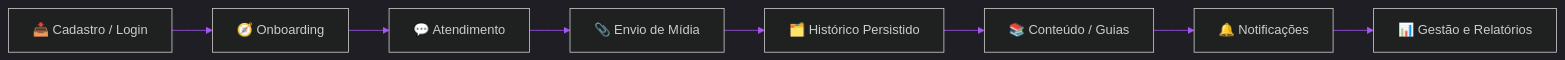
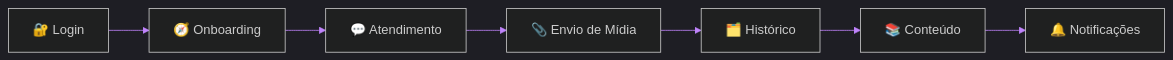
One commit to matheusdiamantino-betalent/questions-ai changed the fourth of 7 diagrams in test.md. Above: the diagram before and after it, drawn with Mermaid. The commit also changed other lines of this file, not shown here.

````diff
--- a/test.md
+++ b/test.md
@@ -391,22 +393,18 @@
 ```mermaid
 %%{init: {
-  'theme': 'dark',
-  'themeVariables': {
-    'background': '#020617',
-    'primaryColor': '#00F0FF',
-    'primaryBorderColor': '#39FF14',
-    'primaryTextColor': '#ECFEFF',
-    'lineColor': '#A855F7',
-    'secondaryColor': '#0F172A',
-    'secondaryTextColor': '#ECFEFF'
-  }
-}}%%
+'theme':'dark',
+'themeVariables':{
+'background':'#030712',
+'primaryColor':'#22D3EE',
+'primaryTextColor':'#F8FAFC',
+'primaryBorderColor':'#A3E635',
+'lineColor':'#C084FC'
+}}}%%
 flowchart LR
-A[📥 Cadastro / Login] --> B[🧭 Onboarding]
+A[🔐 Login] --> B[🧭 Onboarding]
 B --> C[💬 Atendimento]
 C --> D[📎 Envio de Mídia]
-D --> E[🗂️ Histórico Persistido]
-E --> F[📚 Conteúdo / Guias]
+D --> E[🗂️ Histórico]
+E --> F[📚 Conteúdo]
 F --> G[🔔 Notificações]
-G --> H[📊 Gestão e Relatórios]
 ```
````
